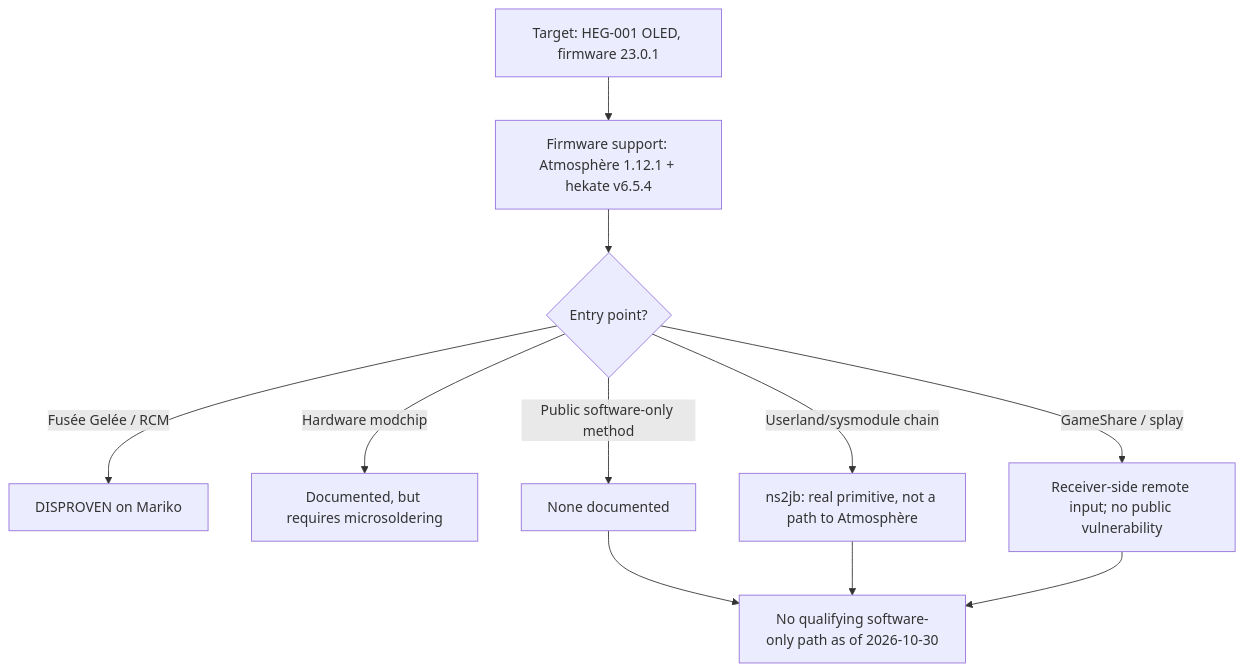
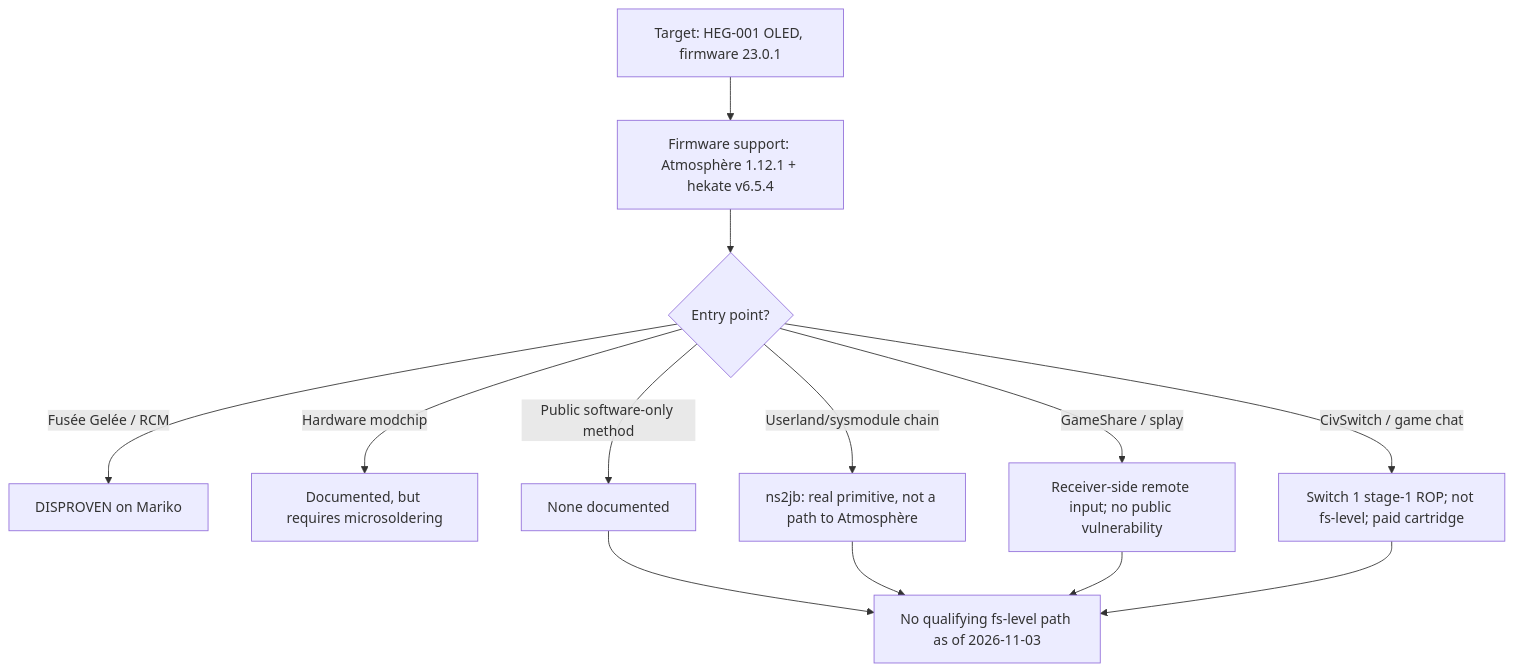
One commit to Tirexisso1010o/TX10LED changed the diagram in README.md. Above: the diagram before and after it, drawn with Mermaid. The commit also changed other lines of this file and 14 other files, not shown here.

Commit message:
Record CivSwitch Switch 1 stage-1 lead

````diff
--- a/README.md
+++ b/README.md
@@ -32,13 +35,15 @@
 ```mermaid
 flowchart TD
     A["Target: HEG-001 OLED, firmware 23.0.1"] --> B["Firmware support: Atmosphère 1.12.1 + hekate v6.5.4"]
     B --> C{"Entry point?"}
     C -->|"Fusée Gelée / RCM"| D["DISPROVEN on Mariko"]
     C -->|"Hardware modchip"| E["Documented, but requires microsoldering"]
     C -->|"Public software-only method"| F["None documented"]
     C -->|"Userland/sysmodule chain"| G["ns2jb: real primitive, not a path to Atmosphère"]
     C -->|"GameShare / splay"| I["Receiver-side remote input; no public vulnerability"]
-    F --> H["No qualifying software-only path as of 2026-10-30"]
+    C -->|"CivSwitch / game chat"| J["Switch 1 stage-1 ROP; not fs-level; paid cartridge"]
+    F --> H["No qualifying fs-level path as of 2026-11-03"]
     G --> H
     I --> H
+    J --> H
 ```
````
